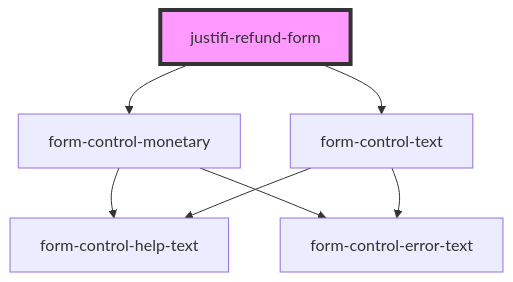
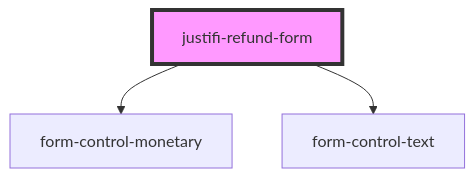
One commit to justifi-tech/web-component-library changed the diagram in packages/webcomponents/src/components/refund-form/readme.md. Above: the diagram before and after it, drawn with Mermaid. The commit also changed 71 other files, not shown here.

````diff
--- a/packages/webcomponents/src/components/refund-form/readme.md
+++ b/packages/webcomponents/src/components/refund-form/readme.md
@@ -35,10 +35,6 @@
 ```mermaid
 graph TD;
   justifi-refund-form --> form-control-monetary
   justifi-refund-form --> form-control-text
-  form-control-monetary --> form-control-help-text
-  form-control-monetary --> form-control-error-text
-  form-control-text --> form-control-help-text
-  form-control-text --> form-control-error-text
   style justifi-refund-form fill:#f9f,stroke:#333,stroke-width:4px
 ```
````
